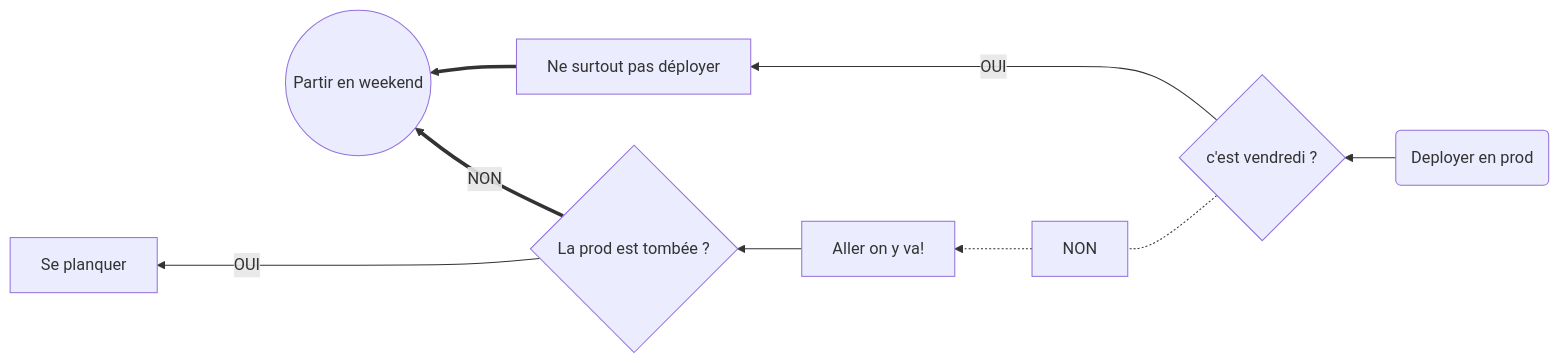
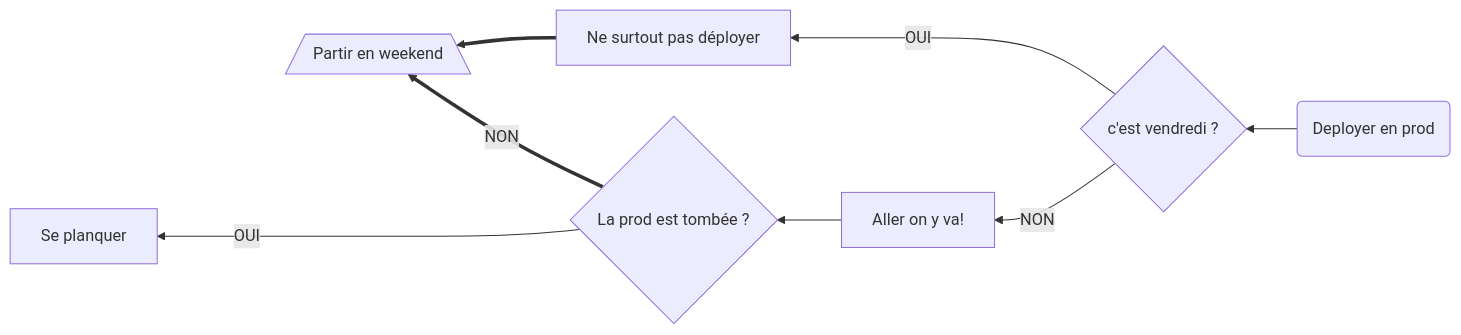
One commit to ErwanLT/mermaidMarkdown changed the fourth of 4 diagrams in flowcharts/README.md. Above: the diagram before and after it, drawn with Mermaid. The commit also changed other lines of this file, not shown here.

Commit message:
flowcharts

````diff
--- a/flowcharts/README.md
+++ b/flowcharts/README.md
@@ -39,10 +39,10 @@
 ```mermaid
   flowchart RL
       A(Deployer en prod)-->B{c'est vendredi ?};
       B -- OUI --> C[Ne surtout pas déployer];
-      C ==> G
-      B -.- NON -.-> D[Aller on y va!];
+      C ==> G;
+      B -- NON --> D[Aller on y va!];
       D--> E{La prod est tombée ?};
       E -- OUI ----> F[Se planquer];
-      E == NON ==> G((Partir en weekend));
+      E == NON ==> G[/Partir en weekend\];
 ```
````
